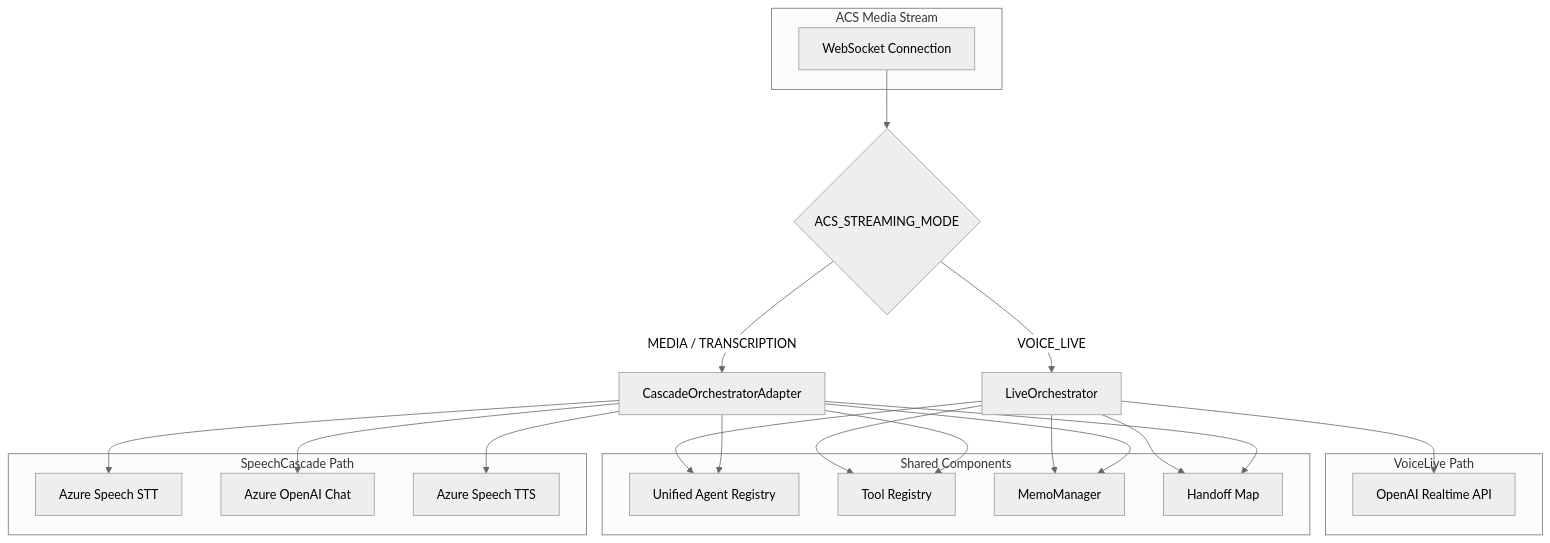
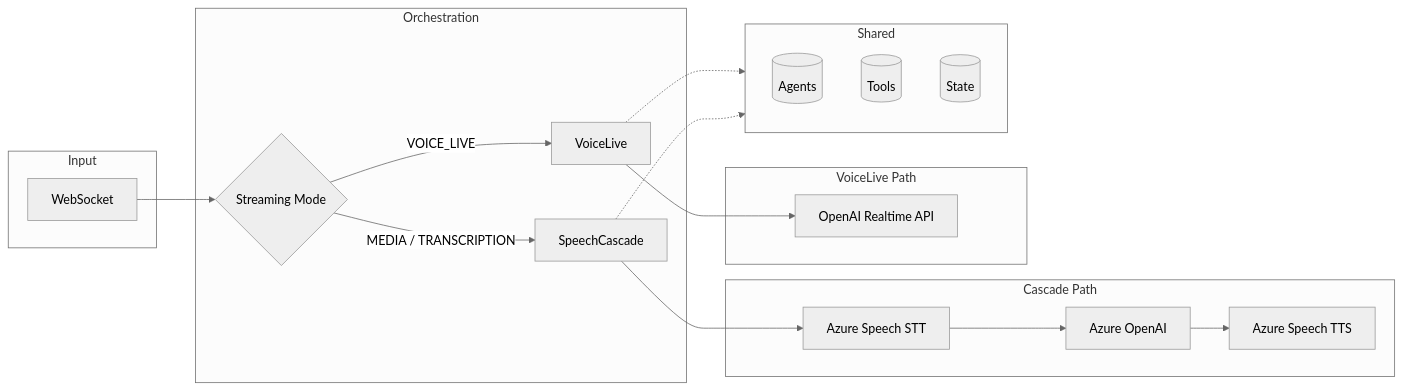
One commit to AIappsGBBFactory/art-voice-agent-accelerator changed the diagram in docs/architecture/orchestration/README.md. Above: the diagram before and after it, drawn with Mermaid (neutral theme). The commit also changed other lines of this file, not shown here.

Commit message:
refactor: Update architecture diagram in README for clarity and consistency in orchestration modes

````diff
--- a/docs/architecture/orchestration/README.md
+++ b/docs/architecture/orchestration/README.md
@@ -28,43 +28,31 @@
 ```mermaid
-graph TD
-    subgraph "ACS Media Stream"
-        WS[WebSocket Connection]
+flowchart LR
+    subgraph Input
+        WS[WebSocket]
     end
-    
-    WS --> Mode{ACS_STREAMING_MODE}
-    
-    Mode -->|MEDIA / TRANSCRIPTION| Cascade[CascadeOrchestratorAdapter]
-    Mode -->|VOICE_LIVE| Live[LiveOrchestrator]
-    
-    subgraph "Shared Components"
-        Agents[Unified Agent Registry]
-        Tools[Tool Registry]
-        Memo[MemoManager]
-        Handoffs[Handoff Map]
+
+    subgraph Orchestration
+        WS --> Mode{Streaming Mode}
+        Mode -->|MEDIA / TRANSCRIPTION| Cascade[SpeechCascade]
+        Mode -->|VOICE_LIVE| Live[VoiceLive]
     end
-    
-    Cascade --> Agents
-    Live --> Agents
-    Cascade --> Tools
-    Live --> Tools
-    Cascade --> Memo
-    Live --> Memo
-    Cascade --> Handoffs
-    Live --> Handoffs
-    
-    subgraph "SpeechCascade Path"
-        STT[Azure Speech STT]
-        LLM1[Azure OpenAI Chat]
-        TTS[Azure Speech TTS]
+
+    subgraph Cascade Path
+        Cascade --> STT[Azure Speech STT]
+        STT --> LLM[Azure OpenAI]
+        LLM --> TTS[Azure Speech TTS]
     end
-    
-    subgraph "VoiceLive Path"
-        RT[OpenAI Realtime API]
+
+    subgraph VoiceLive Path
+        Live --> RT[OpenAI Realtime API]
     end
-    
-    Cascade --> STT
-    Cascade --> LLM1
-    Cascade --> TTS
-    
-    Live --> RT
+
+    subgraph Shared
+        Agents[(Agents)]
+        Tools[(Tools)]
+        State[(State)]
+    end
+
+    Cascade -.-> Shared
+    Live -.-> Shared
 ```
````
